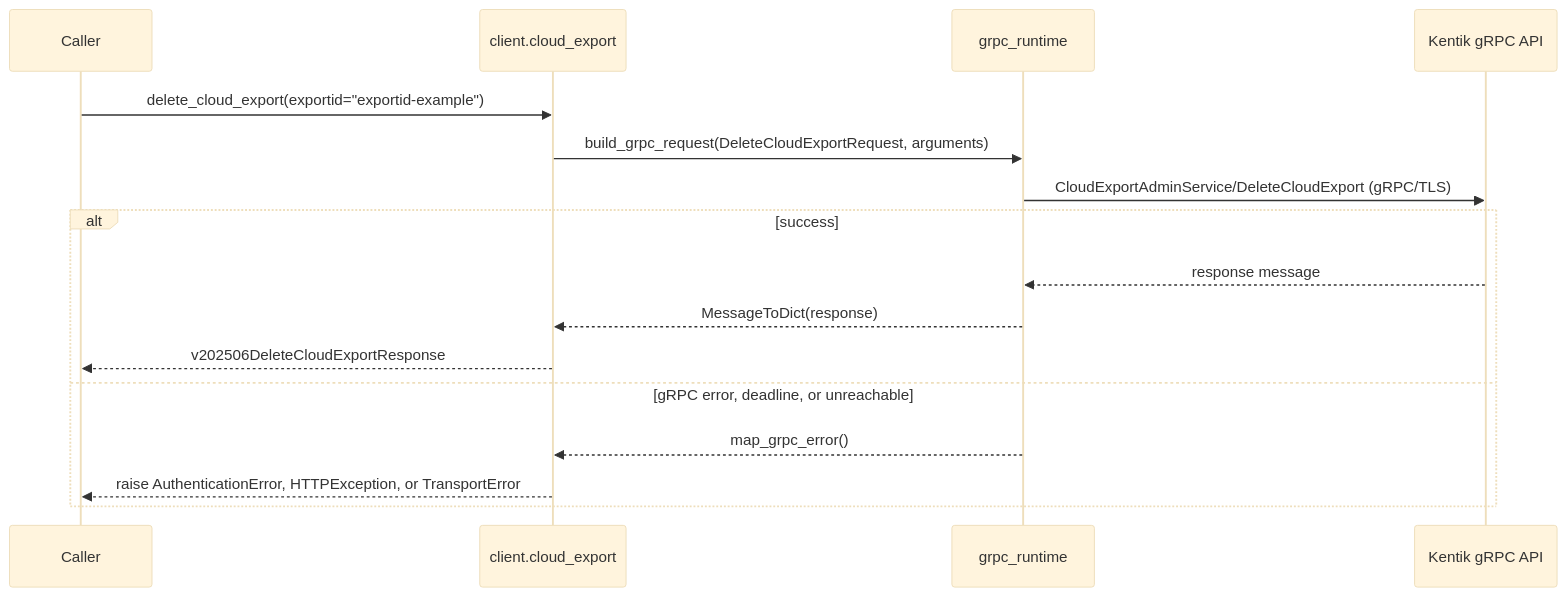
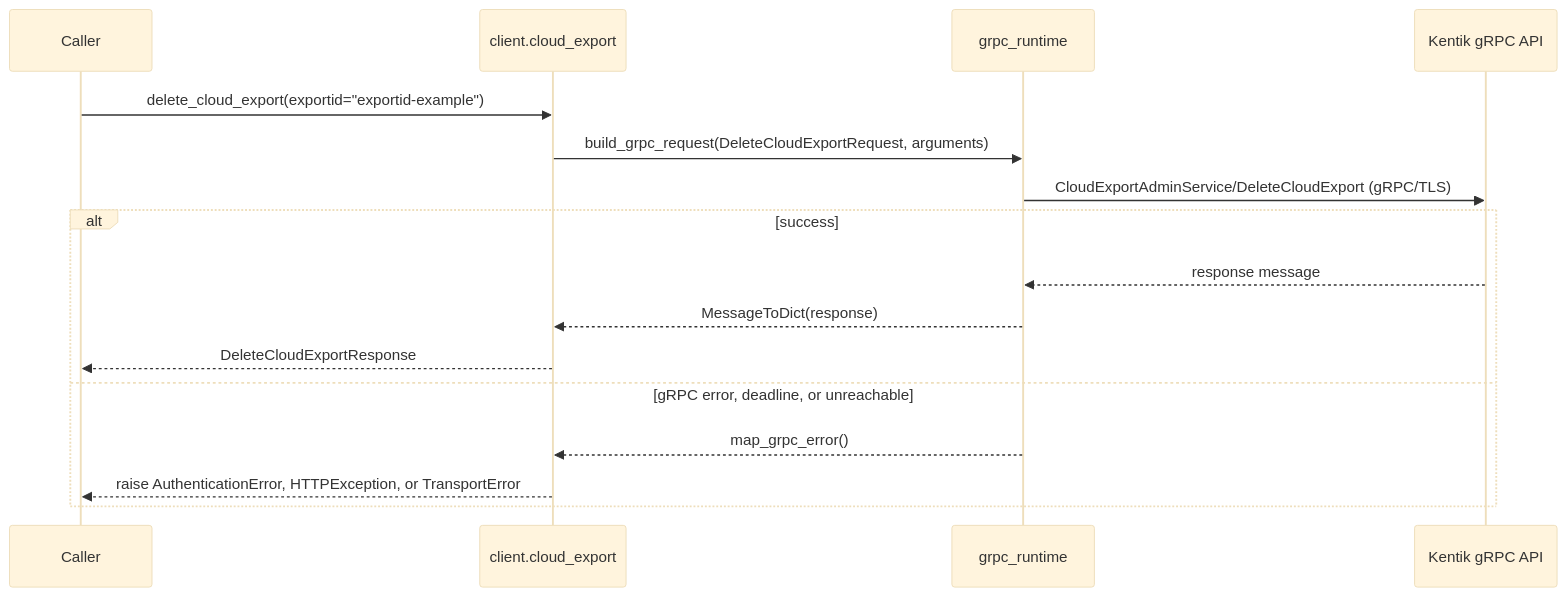
One commit to alexdearaujo/community_sdk_python changed diagram 11 of 12 in docs/sphinx/services/cloud_export.md. Above: the diagram before and after it, drawn with Mermaid (base theme). The commit also changed other lines of this file and 38 other files, not shown here.

````diff
--- a/docs/sphinx/services/cloud_export.md
+++ b/docs/sphinx/services/cloud_export.md
@@ -357,19 +357,19 @@
 ```mermaid
 sequenceDiagram
     participant C as Caller
     participant W as client.cloud_export
     participant R as grpc_runtime
     participant API as Kentik gRPC API
 
     C->>W: delete_cloud_export(exportid="exportid-example")
     W->>R: build_grpc_request(DeleteCloudExportRequest, arguments)
     R->>API: CloudExportAdminService/DeleteCloudExport (gRPC/TLS)
     alt success
         API-->>R: response message
         R-->>W: MessageToDict(response)
-        W-->>C: v202506DeleteCloudExportResponse
+        W-->>C: DeleteCloudExportResponse
     else gRPC error, deadline, or unreachable
         R-->>W: map_grpc_error()
         W-->>C: raise AuthenticationError, HTTPException, or TransportError
     end
 ```
````
